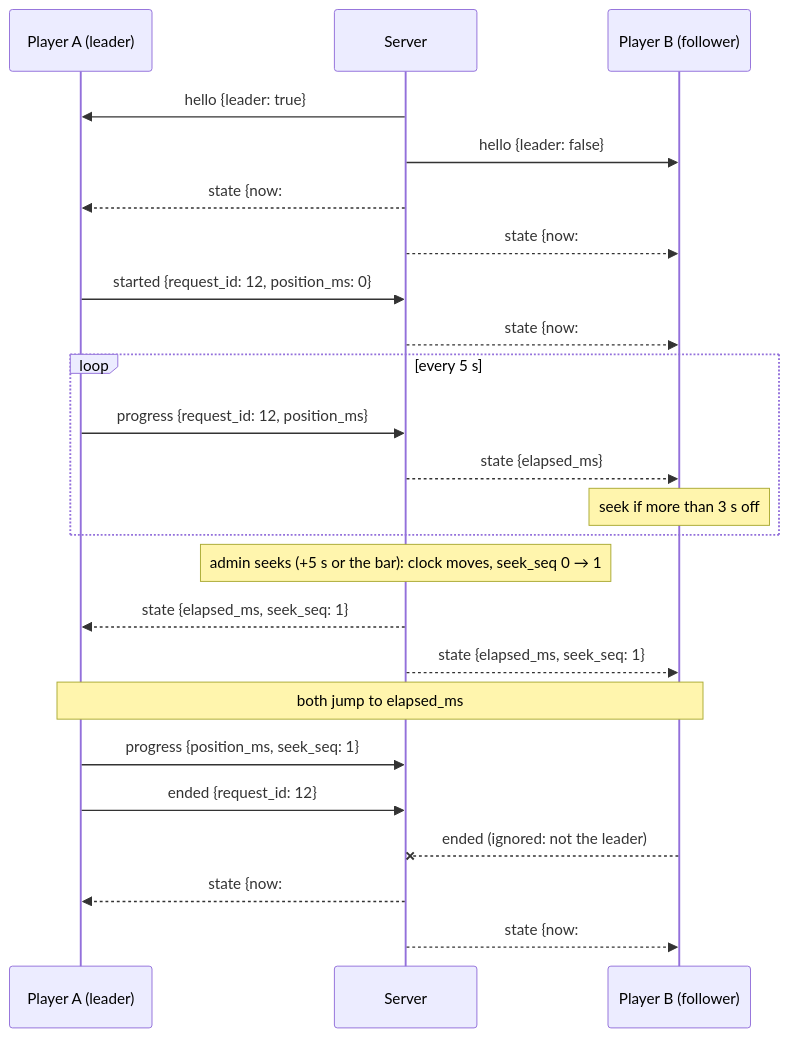
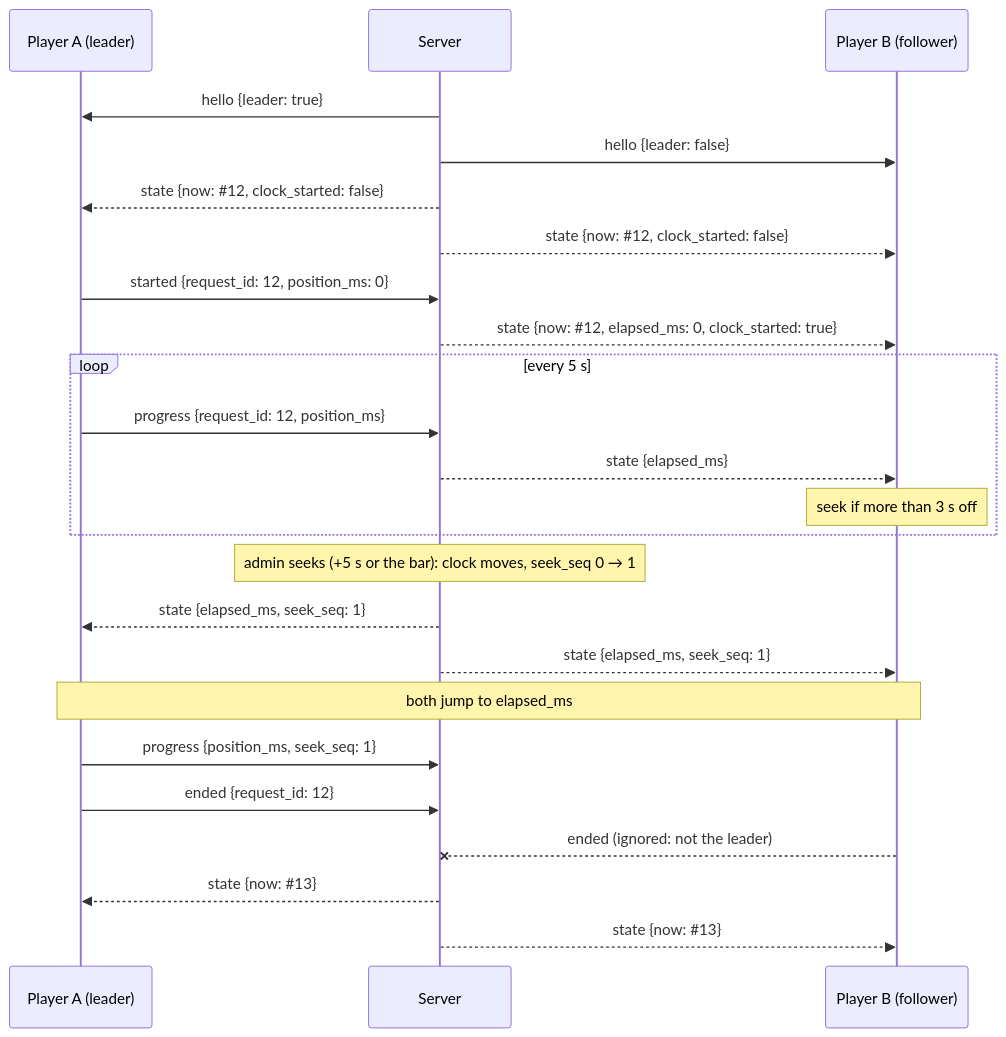
The diagram in docs/architecture.md (NatLee/streaming-player), drawn with Mermaid before and after one commit. The commit also changed 1 other file, not shown here.

Commit message:
docs: stop Mermaid from cutting labels at "#"
In a sequence diagram Mermaid reads "#" as the start of a comment, so
"state {now: #12, ...}" rendered as "state {now:" and the request reply in
the README stopped at 「播放順位是. "#35;" is Mermaid's escape for "#".

````diff
--- a/docs/architecture.md
+++ b/docs/architecture.md
@@ -44,26 +44,26 @@
 ```mermaid
 sequenceDiagram
   participant L as Player A (leader)
   participant S as Server
   participant F as Player B (follower)
   S->>L: hello {leader: true}
   S->>F: hello {leader: false}
-  S-->>L: state {now: #12, clock_started: false}
-  S-->>F: state {now: #12, clock_started: false}
+  S-->>L: state {now: #35;12, clock_started: false}
+  S-->>F: state {now: #35;12, clock_started: false}
   L->>S: started {request_id: 12, position_ms: 0}
-  S-->>F: state {now: #12, elapsed_ms: 0, clock_started: true}
+  S-->>F: state {now: #35;12, elapsed_ms: 0, clock_started: true}
   loop every 5 s
     L->>S: progress {request_id: 12, position_ms}
     S-->>F: state {elapsed_ms}
     Note over F: seek if more than 3 s off
   end
   Note over S: admin seeks (+5 s or the bar): clock moves, seek_seq 0 → 1
   S-->>L: state {elapsed_ms, seek_seq: 1}
   S-->>F: state {elapsed_ms, seek_seq: 1}
   Note over L,F: both jump to elapsed_ms
   L->>S: progress {position_ms, seek_seq: 1}
   L->>S: ended {request_id: 12}
   F--xS: ended (ignored: not the leader)
-  S-->>L: state {now: #13}
-  S-->>F: state {now: #13}
+  S-->>L: state {now: #35;13}
+  S-->>F: state {now: #35;13}
 ```
````
